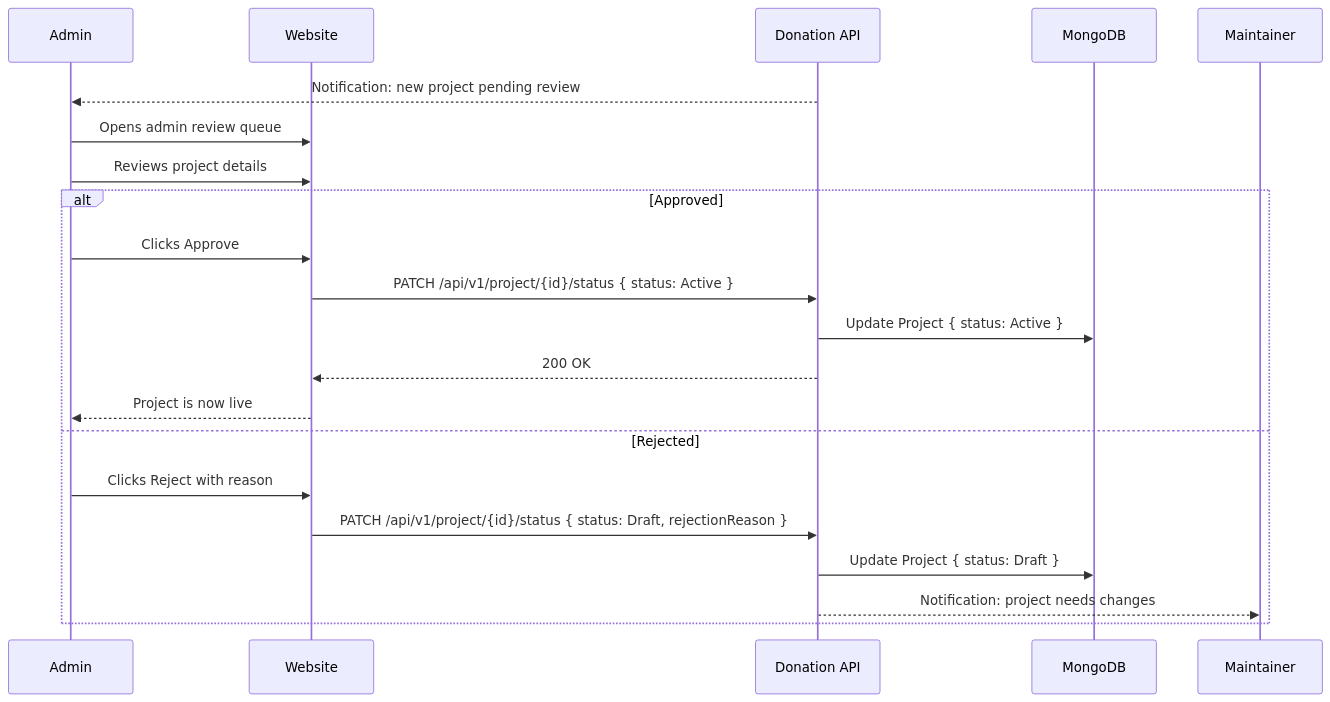
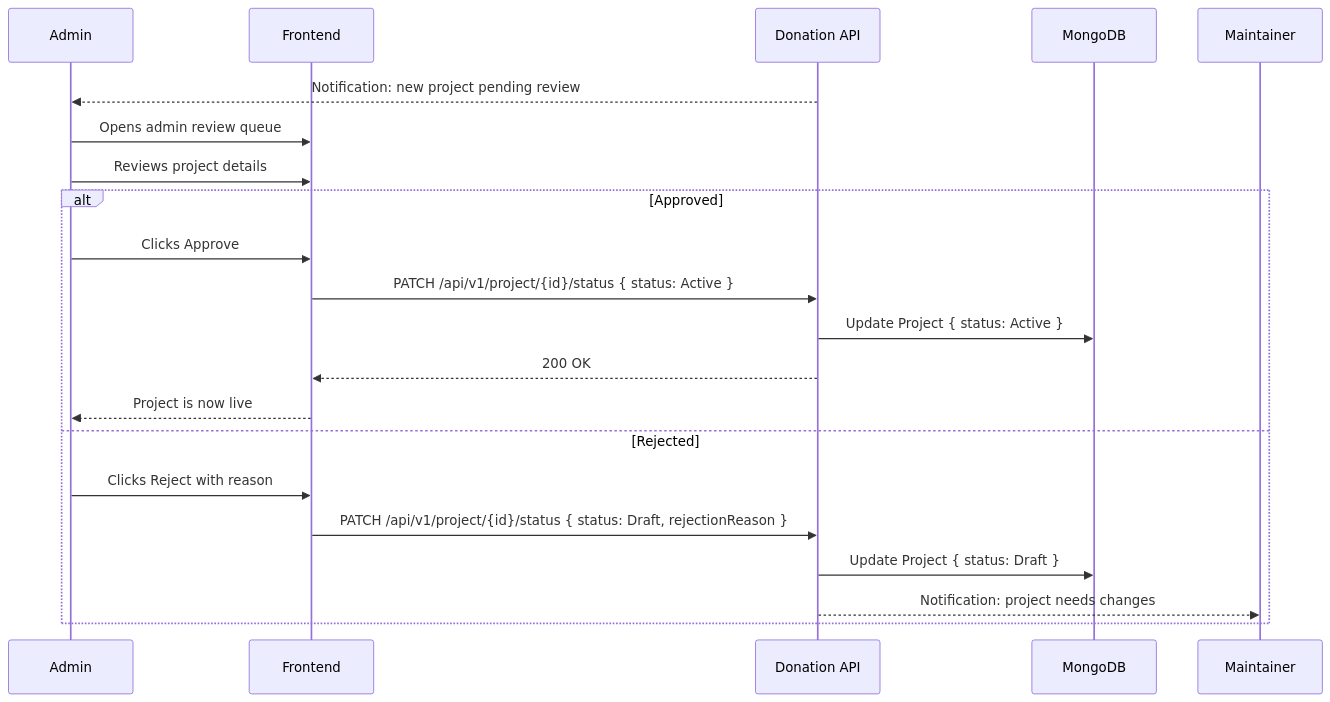
Before and after one commit to wouterfennis/TimeForCode: the second of 6 diagrams in docs/donation/donation-sequence-diagrams.md, drawn with Mermaid. The commit also changed other lines of this file and 142 other files, not shown here.

````diff
--- a/docs/donation/donation-sequence-diagrams.md
+++ b/docs/donation/donation-sequence-diagrams.md
@@ -51,23 +51,23 @@
 ```mermaid
 sequenceDiagram
     participant Admin
-    participant Website
+    participant Frontend
     participant DonationAPI as Donation API
     participant MongoDB
 
     DonationAPI-->>Admin: Notification: new project pending review
-    Admin->>Website: Opens admin review queue
-    Admin->>Website: Reviews project details
+    Admin->>Frontend: Opens admin review queue
+    Admin->>Frontend: Reviews project details
     alt Approved
-        Admin->>Website: Clicks Approve
-        Website->>DonationAPI: PATCH /api/v1/project/{id}/status { status: Active }
+        Admin->>Frontend: Clicks Approve
+        Frontend->>DonationAPI: PATCH /api/v1/project/{id}/status { status: Active }
         DonationAPI->>MongoDB: Update Project { status: Active }
-        DonationAPI-->>Website: 200 OK
-        Website-->>Admin: Project is now live
+        DonationAPI-->>Frontend: 200 OK
+        Frontend-->>Admin: Project is now live
     else Rejected
-        Admin->>Website: Clicks Reject with reason
-        Website->>DonationAPI: PATCH /api/v1/project/{id}/status { status: Draft, rejectionReason }
+        Admin->>Frontend: Clicks Reject with reason
+        Frontend->>DonationAPI: PATCH /api/v1/project/{id}/status { status: Draft, rejectionReason }
         DonationAPI->>MongoDB: Update Project { status: Draft }
         DonationAPI-->>Maintainer: Notification: project needs changes
     end
 ```
````
